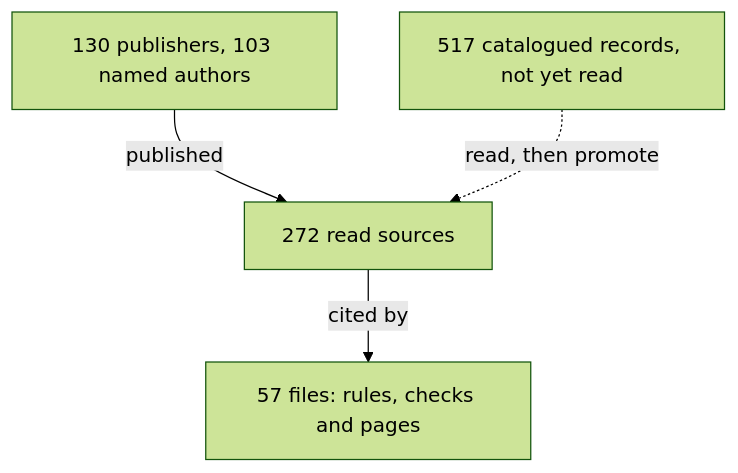
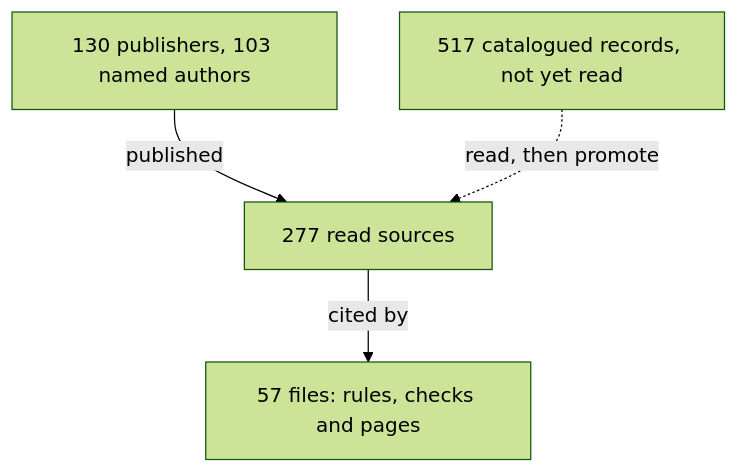
One commit to Valpatel/cad-agent changed the diagram in docs/practice/experts.md. Above: the diagram before and after it, drawn with Mermaid (forest theme). The commit also changed other lines of this file and 3 other files, not shown here.

````diff
--- a/docs/practice/experts.md
+++ b/docs/practice/experts.md
@@ -6,7 +6,7 @@
 ```mermaid
 flowchart TD
-  P["130 publishers, 103 named authors"] -->|published| S["272 read sources"]
+  P["130 publishers, 103 named authors"] -->|published| S["277 read sources"]
   S -->|cited by| U["57 files: rules, checks and pages"]
   C["517 catalogued records, not yet read"] -.->|read, then promote| S
   class S here
 ```
````
